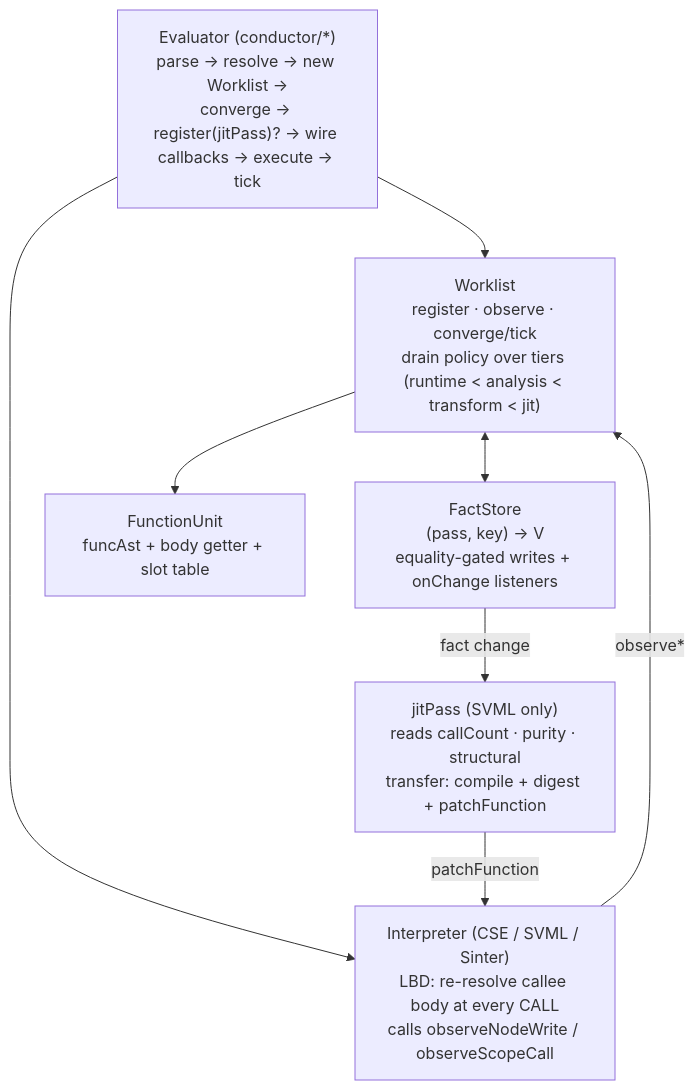
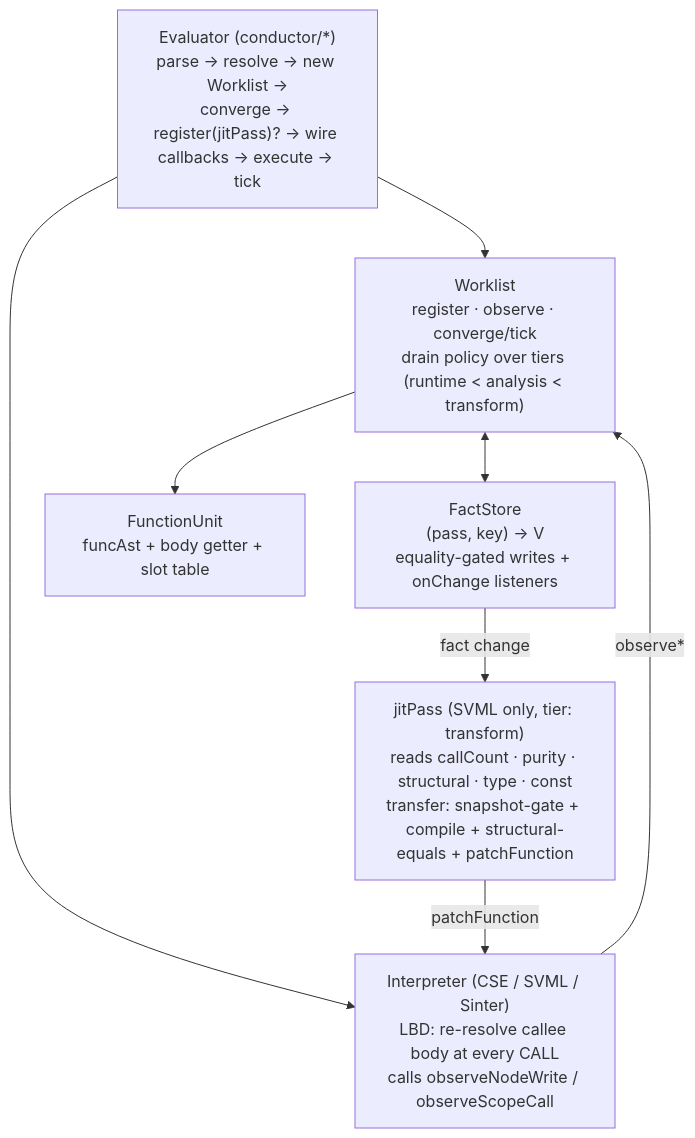
One commit to loyaltypollution/py-slang changed the diagram in docs/optimization-roadmap.md. Above: the diagram before and after it, drawn with Mermaid. The commit also changed other lines of this file and 67 other files, not shown here.

````diff
--- a/docs/optimization-roadmap.md
+++ b/docs/optimization-roadmap.md
@@ -327,17 +346,17 @@
 ```mermaid
 flowchart TB
     EV["Evaluator (conductor/*)<br/>parse → resolve → new Worklist →<br/>converge → register(jitPass)? → wire callbacks → execute → tick"]
-    WL["Worklist<br/>register · observe · converge/tick<br/>drain policy over tiers (runtime < analysis < transform < jit)"]
+    WL["Worklist<br/>register · observe · converge/tick<br/>drain policy over tiers (runtime < analysis < transform)"]
     FS["FactStore<br/>(pass, key) → V<br/>equality-gated writes + onChange listeners"]
     INT["Interpreter (CSE / SVML / Sinter)<br/>LBD: re-resolve callee body at every CALL<br/>calls observeNodeWrite / observeScopeCall"]
-    JITP["jitPass (SVML only)<br/>reads callCount · purity · structural<br/>transfer: compile + digest + patchFunction"]
+    JITP["jitPass (SVML only, tier: transform)<br/>reads callCount · purity · structural · type · const<br/>transfer: snapshot-gate + compile + structural-equals + patchFunction"]
     FU["FunctionUnit<br/>funcAst + body getter + slot table"]
 
     EV --> WL
     EV --> INT
     INT -- "observe*" --> WL
     WL <--> FS
     FS -- "fact change" --> JITP
     JITP -- "patchFunction" --> INT
     WL --> FU
 ```
````
